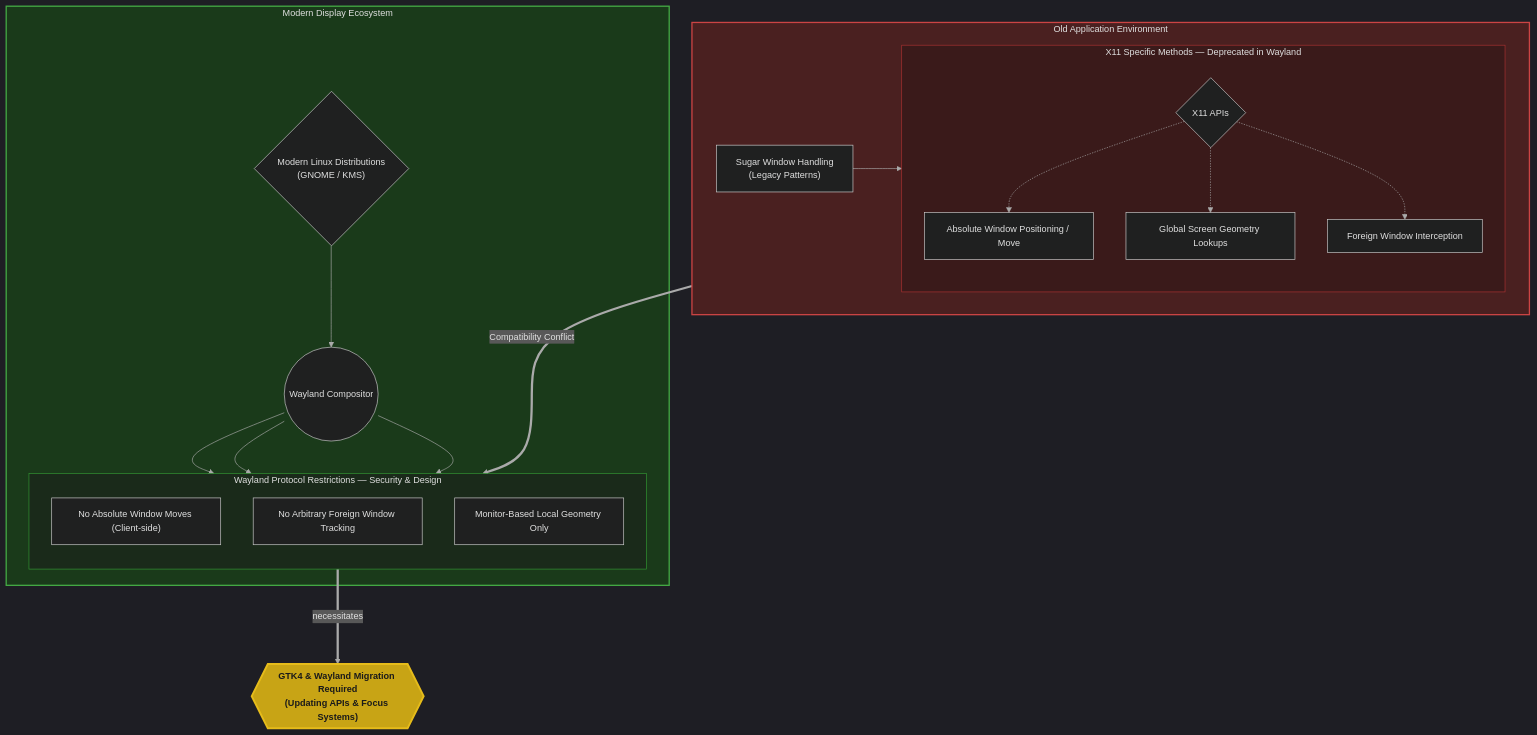
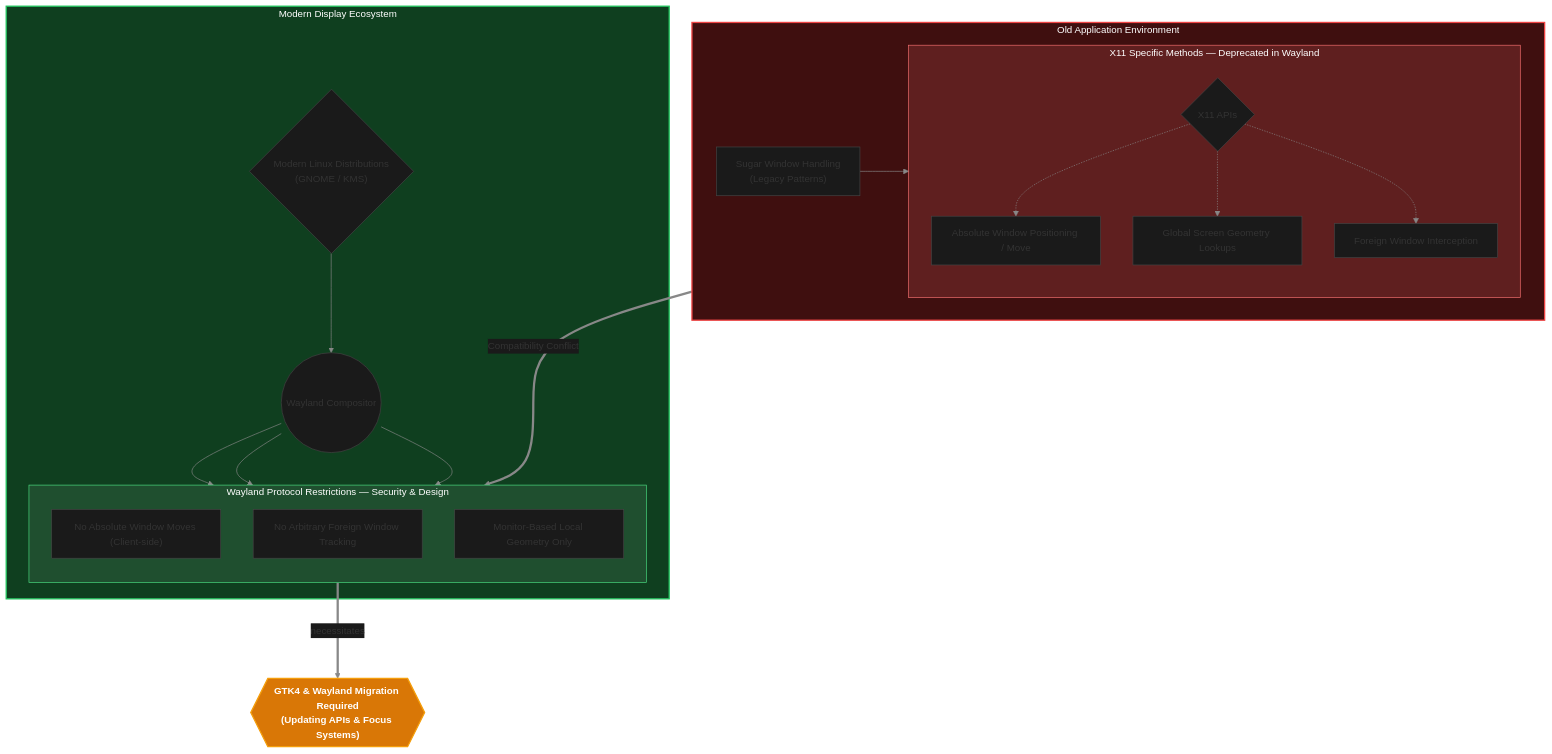
Before and after one commit to Dev10-sys/sugar-proposal-gtk: the ninth of 9 diagrams in proposal.md, drawn with Mermaid. The commit also changed other lines of this file, not shown here.

Commit message:
Refine diagrams: dark black background, clean white/black high contrast elements, vibrant amber accent, engineer-level architectural styling

````diff
--- a/proposal.md
+++ b/proposal.md
@@ -591,48 +591,48 @@
 ```mermaid
-%%{init: {'theme': 'dark', 'themeVariables': {'primaryColor': '#2a2a2a', 'primaryBorderColor': '#888', 'lineColor': '#aaa', 'textColor': '#e0e0e0', 'fontSize': '14px'}}}%%
+%%{init: {'theme': 'base', 'themeVariables': {'background': '#0a0a0a', 'primaryColor': '#1a1a1a', 'primaryBorderColor': '#444444', 'lineColor': '#888888', 'textColor': '#ffffff', 'fontSize': '15px'}}}%%
 flowchart TD
     subgraph LegacyEnv ["Old Application Environment"]
         OldSugar["Sugar Window Handling\n(Legacy Patterns)"]
 
         subgraph X11Features ["X11 Specific Methods — Deprecated in Wayland"]
             direction TB
             X11Calls{"X11 APIs"}
             WindowMove["Absolute Window Positioning / Move"]
             ScreenSize["Global Screen Geometry Lookups"]
             ForeignWindows["Foreign Window Interception"]
         end
 
         OldSugar --> X11Calls
         X11Calls -.-> WindowMove
         X11Calls -.-> ScreenSize
         X11Calls -.-> ForeignWindows
     end
 
     subgraph ModernEnv ["Modern Display Ecosystem"]
         NewLinux{"Modern Linux Distributions\n(GNOME / KMS)"}
         Wayland(("Wayland Compositor"))
 
         subgraph WaylandRestrictions ["Wayland Protocol Restrictions — Security & Design"]
             direction TB
             Restriction1["No Absolute Window Moves (Client-side)"]
             Restriction2["No Arbitrary Foreign Window Tracking"]
             Restriction3["Monitor-Based Local Geometry Only"]
         end
 
         NewLinux --> Wayland
         Wayland --> Restriction1
         Wayland --> Restriction2
         Wayland --> Restriction3
     end
 
     LegacyEnv ===>|Compatibility Conflict| WaylandRestrictions
     WaylandRestrictions ===>|necessitates| Result
 
     Result{{"GTK4 & Wayland Migration Required\n(Updating APIs & Focus Systems)"}}
 
-    style LegacyEnv fill:#4a2020,stroke:#c44,stroke-width:2px,color:#e0e0e0
-    style X11Features fill:#3a1a1a,stroke:#a33,stroke-width:1px,color:#e0e0e0
-    style ModernEnv fill:#1a3a1a,stroke:#4a4,stroke-width:2px,color:#e0e0e0
-    style WaylandRestrictions fill:#1a2a1a,stroke:#393,stroke-width:1px,color:#e0e0e0
-    style Result fill:#c8a415,stroke:#e6bc1a,stroke-width:3px,color:#1a1a1a,font-weight:bold
+    style LegacyEnv fill:#3f0f0f,stroke:#ef4444,stroke-width:2px,color:#ffffff
+    style X11Features fill:#5f1f1f,stroke:#f87171,stroke-width:1px,color:#ffffff
+    style ModernEnv fill:#0f3f1f,stroke:#22c55e,stroke-width:2px,color:#ffffff
+    style WaylandRestrictions fill:#1f4f2f,stroke:#4ade80,stroke-width:1px,color:#ffffff
+    style Result fill:#d97706,stroke:#f59e0b,stroke-width:2px,color:#ffffff,font-weight:bold
 ```
````
